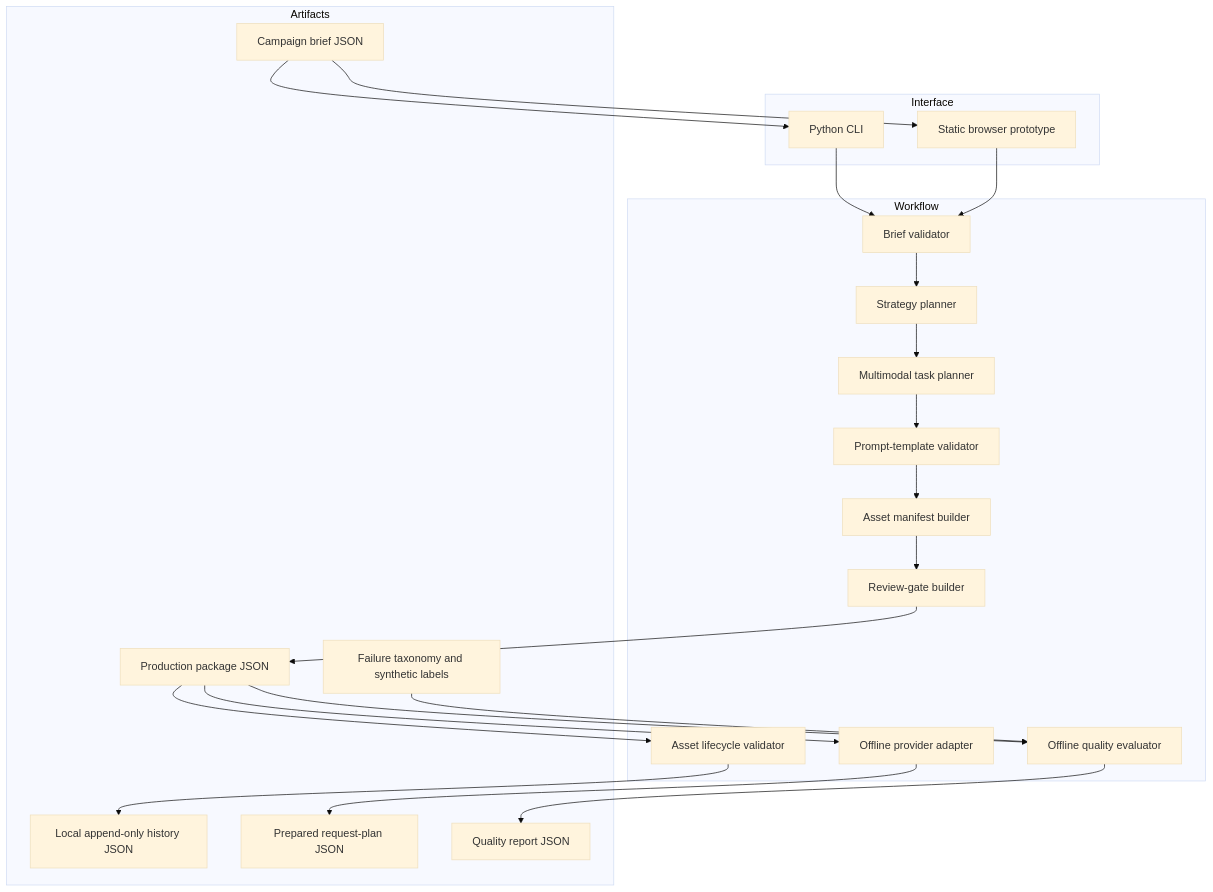
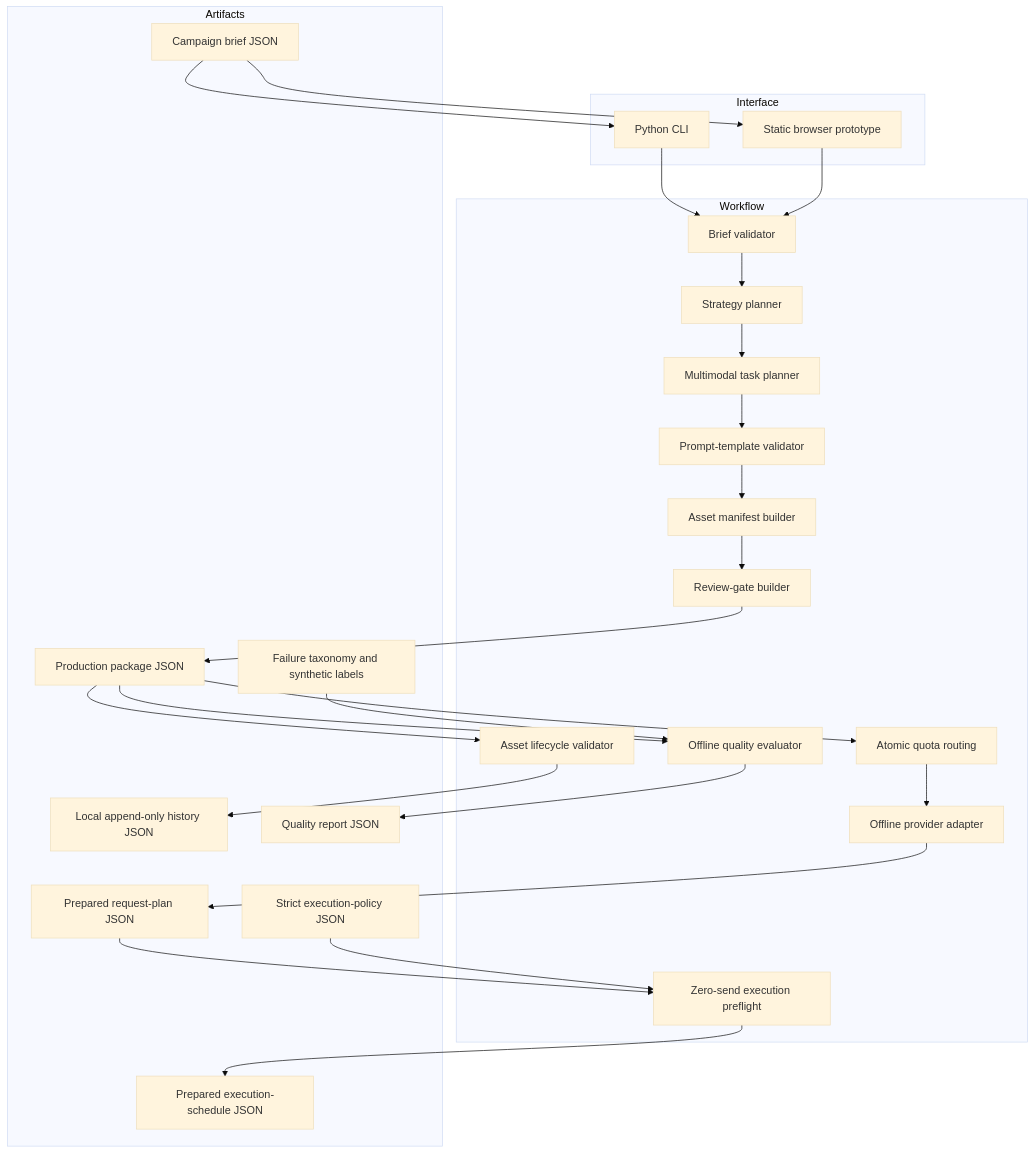
The first of 2 diagrams in docs/ARCHITECTURE.md (magicyao2028-pixel/aigc-content-production-studio), drawn with Mermaid (base theme) before and after one commit. The commit also changed other lines of this file and 22 other files, not shown here.

Commit message:
add zero-send execution preflight

````diff
--- a/docs/ARCHITECTURE.md
+++ b/docs/ARCHITECTURE.md
@@ -13,33 +13,39 @@
 ```mermaid
 flowchart TB
     subgraph Interface
       CLI[Python CLI]
       WEB[Static browser prototype]
     end
     subgraph Workflow
       V[Brief validator]
       S[Strategy planner]
       T[Multimodal task planner]
       M[Asset manifest builder]
       G[Review-gate builder]
       L[Asset lifecycle validator]
       TPL[Prompt-template validator]
       PAD[Offline provider adapter]
+      RT[Atomic quota routing]
+      EP[Zero-send execution preflight]
       Q[Offline quality evaluator]
     end
     subgraph Artifacts
       B[Campaign brief JSON]
       P[Production package JSON]
       H[Local append-only history JSON]
       R[Prepared request-plan JSON]
+      XP[Strict execution-policy JSON]
+      ER[Prepared execution-schedule JSON]
       F[Failure taxonomy and synthetic labels]
       QR[Quality report JSON]
     end
     B --> CLI --> V
     B --> WEB --> V
     V --> S --> T --> TPL --> M --> G --> P
     P --> L --> H
-    P --> PAD --> R
+    P --> RT --> PAD --> R
+    R --> EP --> ER
+    XP --> EP
     P --> Q
     F --> Q --> QR
 ```
````
